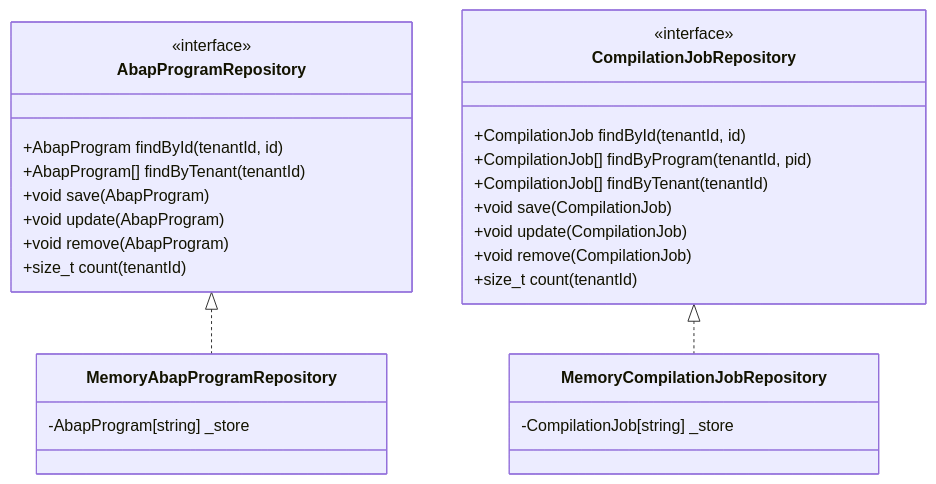
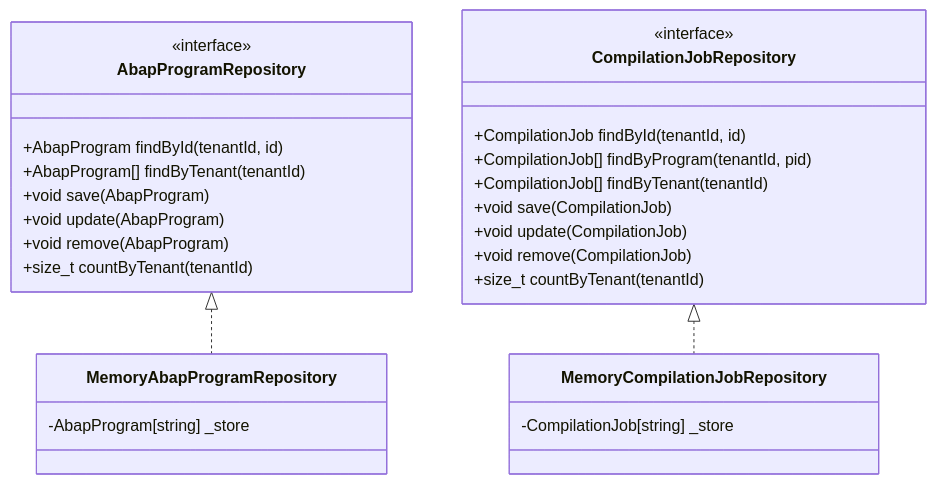
The fourth of 8 diagrams in abap-compiler/UML.md (UIMSolutions/uim-platform), drawn with Mermaid before and after one commit. The commit also changed 52 other files, not shown here.

First line of the commit message:
Refactor count methods to include tenant in method names

````diff
--- a/abap-compiler/UML.md
+++ b/abap-compiler/UML.md
@@ -147,34 +147,34 @@
 ```mermaid
 classDiagram
     class AbapProgramRepository {
         <<interface>>
         +AbapProgram findById(tenantId, id)
         +AbapProgram[] findByTenant(tenantId)
         +void save(AbapProgram)
         +void update(AbapProgram)
         +void remove(AbapProgram)
-        +size_t count(tenantId)
+        +size_t countByTenant(tenantId)
     }
 
     class CompilationJobRepository {
         <<interface>>
         +CompilationJob findById(tenantId, id)
         +CompilationJob[] findByProgram(tenantId, pid)
         +CompilationJob[] findByTenant(tenantId)
         +void save(CompilationJob)
         +void update(CompilationJob)
         +void remove(CompilationJob)
-        +size_t count(tenantId)
+        +size_t countByTenant(tenantId)
     }
 
     class MemoryAbapProgramRepository {
         -AbapProgram[string] _store
     }
 
     class MemoryCompilationJobRepository {
         -CompilationJob[string] _store
     }
 
     AbapProgramRepository <|.. MemoryAbapProgramRepository
     CompilationJobRepository <|.. MemoryCompilationJobRepository
 ```
````
